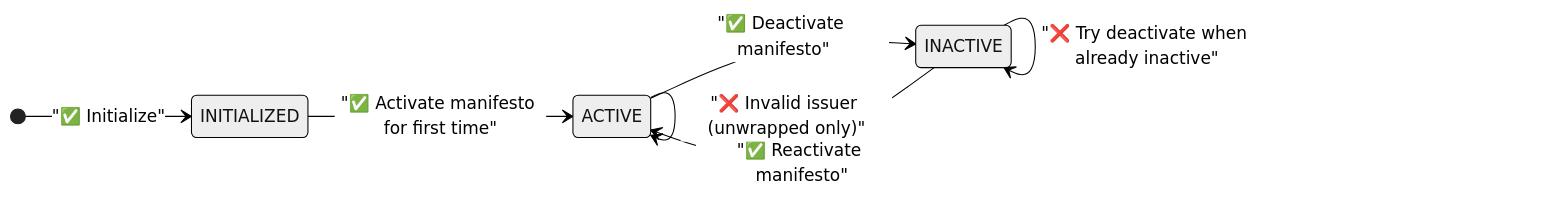
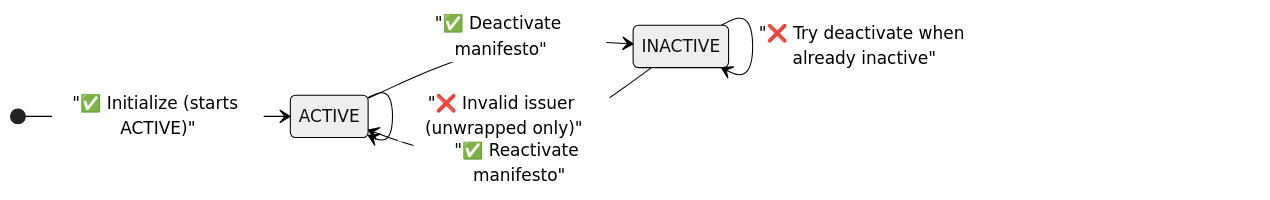
The fifth of 5 diagrams in lua-actor/src/tests/manifesto/manifesto.md (Consensys-Network-State/signet-execution-prototype), drawn with Mermaid (neutral theme) before and after one commit. The commit also changed other lines of this file and 7 other files, not shown here.

````diff
--- a/lua-actor/src/tests/manifesto/manifesto.md
+++ b/lua-actor/src/tests/manifesto/manifesto.md
@@ -126,13 +122,12 @@
 ```mermaid
 stateDiagram-v2
     direction LR
-    [*] --> INITIALIZED: "✅ Initialize"
-    INITIALIZED --> ACTIVE: "✅ Activate manifesto for first time"
+    [*] --> ACTIVE: "✅ Initialize (starts ACTIVE)"
     ACTIVE --> INACTIVE: "✅ Deactivate manifesto"
     INACTIVE --> INACTIVE: "❌ Try deactivate when already inactive"
     INACTIVE --> ACTIVE: "✅ Reactivate manifesto"
     ACTIVE --> ACTIVE: "✅ Alice signs manifesto"
     ACTIVE --> ACTIVE: "✅ Bob signs manifesto"
     ACTIVE --> ACTIVE: "❌ Invalid input ID"
     ACTIVE --> ACTIVE: "❌ Invalid issuer (unwrapped only)"
 ```
````
